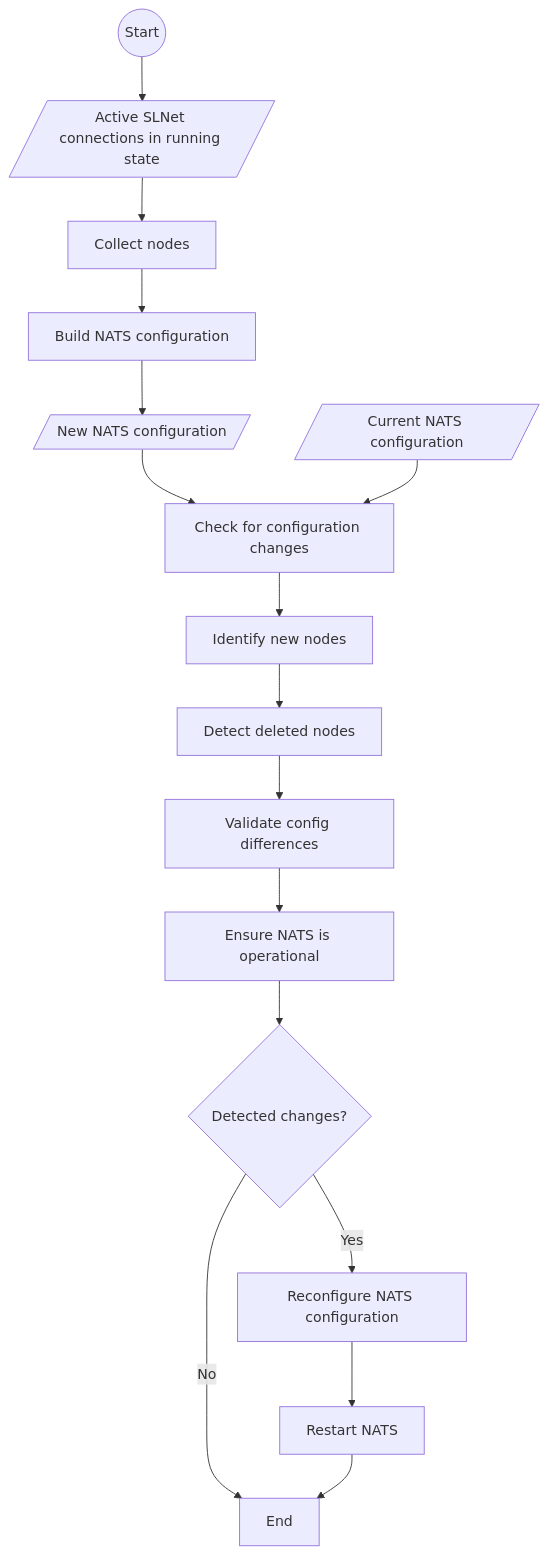
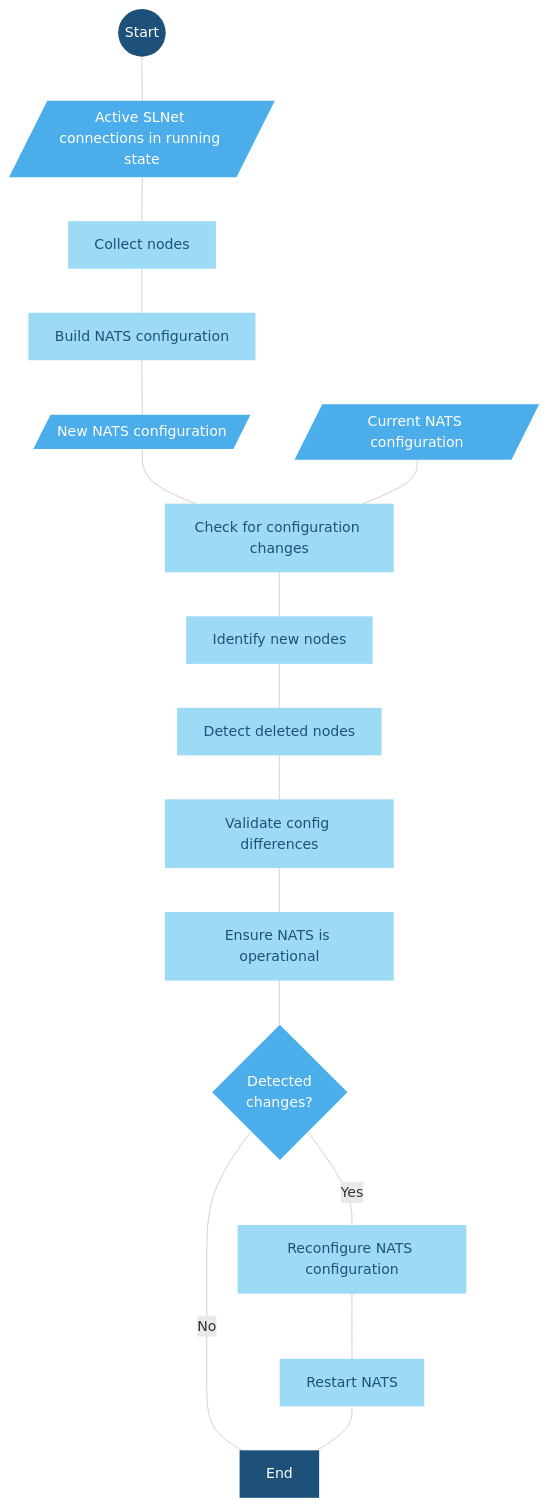
The second of 2 diagrams in user-guide/Reference/Technical_information/NatsCustodian.md (SkylineCommunications/dataminer-docs), drawn with Mermaid before and after one commit. The commit also changed other lines of this file, not shown here.

Commit message:
Review flowcharts

````diff
--- a/user-guide/Reference/Technical_information/NatsCustodian.md
+++ b/user-guide/Reference/Technical_information/NatsCustodian.md
@@ -46,18 +75,46 @@
-```mermaid
+<div class="mermaid">
 flowchart TD
-    Start((Start)) --> S1
-    S1[/Active SLNet connections in running state/] --> S2
-    S2[Collect nodes] --> S3
-    S3[Build NATS configuration] --> S4A
-    S4A[/New NATS configuration/] --> S5
-    S4B[/Current NATS configuration/] --> S5
-    S5[Check for configuration changes] --> S6
-    S6[Identify new nodes] --> S7
-    S7[Detect deleted nodes] --> S8
-    S8[Validate config differences] --> S9
-    S9[Ensure NATS is operational] --> Q1
-    Q1{Detected changes?} -->|Yes|A1A
-    Q1 -->|No|End
-    A1A[Reconfigure NATS configuration] --> S10
-    S10[Restart NATS] --> End
-```
+    %% Define styles %%
+    linkStyle default stroke:#cccccc
+    classDef classTerminal fill:#1e5179,stroke:#1e5179,color:#ffffff,stroke-width:0px;
+    classDef classDecision fill:#4baeea,stroke:#4baeea,color:#ffffff,stroke-width:0px;
+    classDef classExternalRef fill:#9ddaf5,stroke:#9ddaf5,color:#1E5179,stroke-width:0px;
+    classDef classActionClickable fill:#999999,stroke:#999999,color:#ffffff,stroke-width:0px;
+    classDef classAction fill:#dddddd,stroke:#dddddd,color:#1E5179,stroke-width:0px;
+    classDef classSolution fill:#58595b,stroke:#58595b,color:#ffffff,stroke-width:0px;
+    %% Define blocks %%
+    Start((Start))
+    S1[/Active SLNet connections in running state/]
+    S2[Collect nodes]
+    S3[Build NATS configuration]
+    S4A[/New NATS configuration/]
+    S4B[/Current NATS configuration/]
+    S5[Check for configuration changes]
+    S6[Identify new nodes]
+    S7[Detect deleted nodes]
+    S8[Validate config differences]
+    S9[Ensure NATS is operational]
+    Q1{Detected <br/>changes?}
+    A1A[Reconfigure NATS configuration]
+    S10[Restart NATS]
+    %% Connect blocks %%
+    Start --- S1
+    S1 --- S2
+    S2 --- S3
+    S3 --- S4A
+    S4A --- S5
+    S4B --- S5
+    S5 --- S6
+    S6 --- S7
+    S7 --- S8
+    S8 --- S9
+    S9 --- Q1
+    Q1 ---|Yes| A1A
+    Q1 ---|No| End
+    A1A --- S10
+    S10 --- End
+    %% Apply styles to blocks %%
+    class Start,End classTerminal;
+    class S4A,S1,S4B,Q1 classDecision;
+    class S2,S3,S5,S6,S7,S8,S9,A1A,S10 classExternalRef;
+</div>
````
